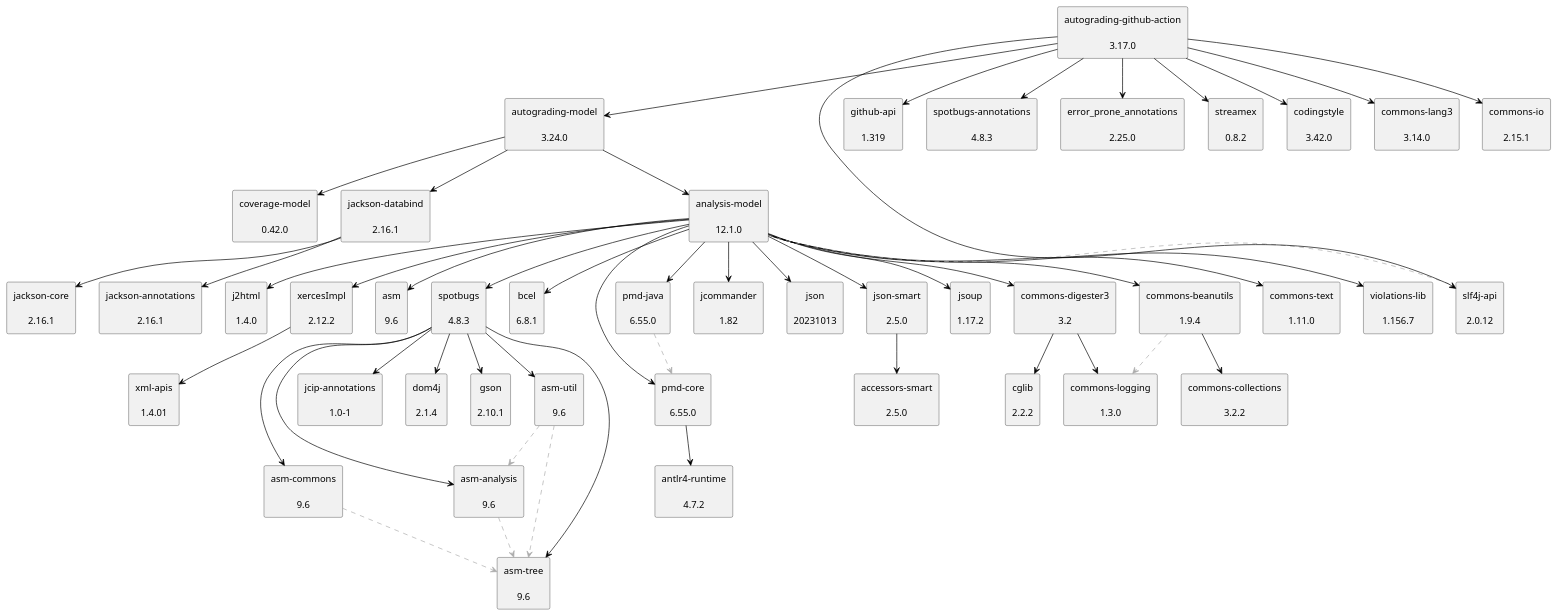
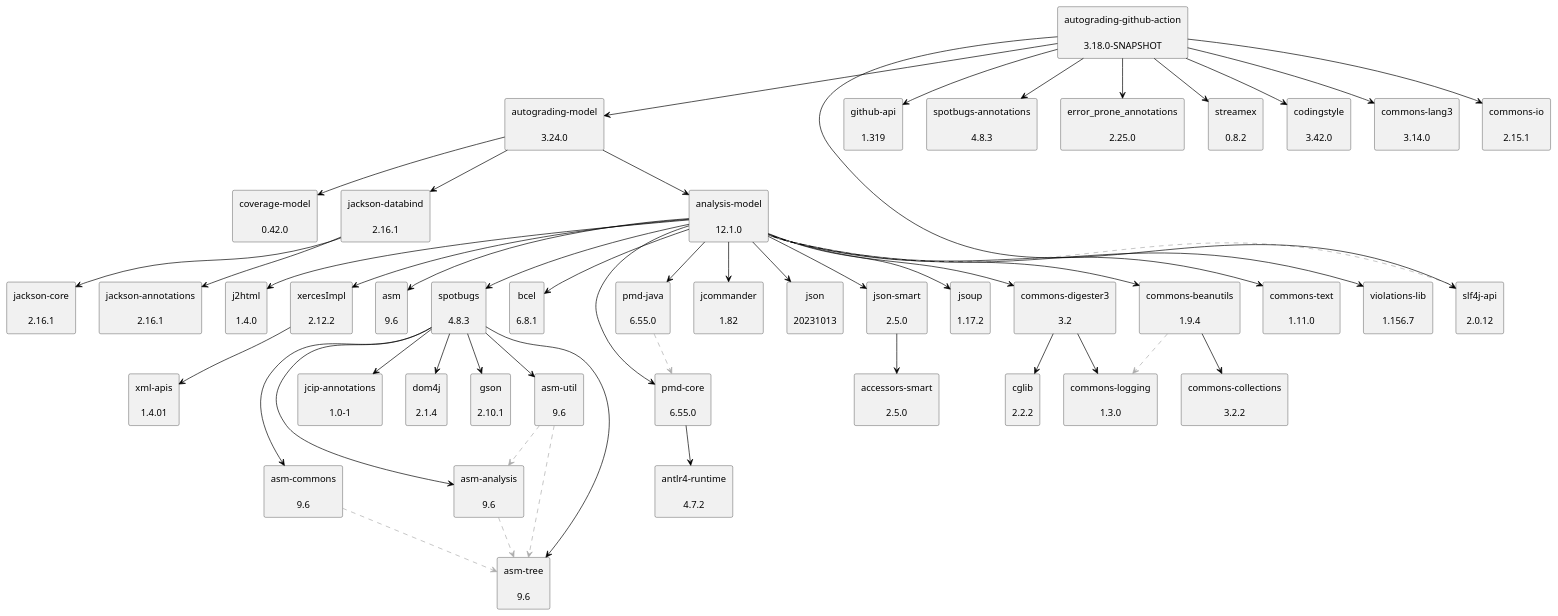
One commit to uhafner/autograding-github-action changed the diagram in doc/dependency-graph.puml. Above: the diagram before and after it, drawn with PlantUML. The commit also changed 3 other files, not shown here.

```diff
--- a/doc/dependency-graph.puml
+++ b/doc/dependency-graph.puml
@@ -1,101 +1,101 @@
 @startuml
 skinparam defaultTextAlignment center
 skinparam rectangle {
   BackgroundColor<<optional>> beige
   BackgroundColor<<test>> lightGreen
   BackgroundColor<<runtime>> lightBlue
   BackgroundColor<<provided>> lightGray
 }
 rectangle "analysis-model\n\n12.1.0" as edu_hm_hafner_analysis_model_jar
 rectangle "jsoup\n\n1.17.2" as org_jsoup_jsoup_jar
 rectangle "commons-digester3\n\n3.2" as org_apache_commons_commons_digester3_jar
 rectangle "cglib\n\n2.2.2" as cglib_cglib_jar
 rectangle "commons-logging\n\n1.3.0" as commons_logging_commons_logging_jar
 rectangle "commons-beanutils\n\n1.9.4" as commons_beanutils_commons_beanutils_jar
 rectangle "commons-collections\n\n3.2.2" as commons_collections_commons_collections_jar
 rectangle "commons-text\n\n1.11.0" as org_apache_commons_commons_text_jar
 rectangle "violations-lib\n\n1.156.7" as se_bjurr_violations_violations_lib_jar
 rectangle "j2html\n\n1.4.0" as com_j2html_j2html_jar
 rectangle "xercesImpl\n\n2.12.2" as xerces_xercesImpl_jar
 rectangle "xml-apis\n\n1.4.01" as xml_apis_xml_apis_jar
 rectangle "asm\n\n9.6" as org_ow2_asm_asm_jar
 rectangle "asm-analysis\n\n9.6" as org_ow2_asm_asm_analysis_jar
 rectangle "asm-tree\n\n9.6" as org_ow2_asm_asm_tree_jar
 rectangle "spotbugs\n\n4.8.3" as com_github_spotbugs_spotbugs_jar
 rectangle "asm-commons\n\n9.6" as org_ow2_asm_asm_commons_jar
 rectangle "asm-util\n\n9.6" as org_ow2_asm_asm_util_jar
 rectangle "jcip-annotations\n\n1.0-1" as com_github_stephenc_jcip_jcip_annotations_jar
 rectangle "dom4j\n\n2.1.4" as org_dom4j_dom4j_jar
 rectangle "gson\n\n2.10.1" as com_google_code_gson_gson_jar
 rectangle "bcel\n\n6.8.1" as org_apache_bcel_bcel_jar
 rectangle "pmd-core\n\n6.55.0" as net_sourceforge_pmd_pmd_core_jar
 rectangle "antlr4-runtime\n\n4.7.2" as org_antlr_antlr4_runtime_jar
 rectangle "jcommander\n\n1.82" as com_beust_jcommander_jar
 rectangle "pmd-java\n\n6.55.0" as net_sourceforge_pmd_pmd_java_jar
 rectangle "json\n\n20231013" as org_json_json_jar
 rectangle "json-smart\n\n2.5.0" as net_minidev_json_smart_jar
 rectangle "accessors-smart\n\n2.5.0" as net_minidev_accessors_smart_jar
 rectangle "slf4j-api\n\n2.0.12" as org_slf4j_slf4j_api_jar
 rectangle "autograding-model\n\n3.24.0" as edu_hm_hafner_autograding_model_jar
 rectangle "coverage-model\n\n0.42.0" as edu_hm_hafner_coverage_model_jar
 rectangle "jackson-databind\n\n2.16.1" as com_fasterxml_jackson_core_jackson_databind_jar
 rectangle "jackson-annotations\n\n2.16.1" as com_fasterxml_jackson_core_jackson_annotations_jar
 rectangle "jackson-core\n\n2.16.1" as com_fasterxml_jackson_core_jackson_core_jar
-rectangle "autograding-github-action\n\n3.17.0" as edu_hm_hafner_autograding_github_action_jar
+rectangle "autograding-github-action\n\n3.18.0-SNAPSHOT" as edu_hm_hafner_autograding_github_action_jar
 rectangle "github-api\n\n1.319" as org_kohsuke_github_api_jar
 rectangle "spotbugs-annotations\n\n4.8.3" as com_github_spotbugs_spotbugs_annotations_jar
 rectangle "error_prone_annotations\n\n2.25.0" as com_google_errorprone_error_prone_annotations_jar
 rectangle "streamex\n\n0.8.2" as one_util_streamex_jar
 rectangle "codingstyle\n\n3.42.0" as edu_hm_hafner_codingstyle_jar
 rectangle "commons-lang3\n\n3.14.0" as org_apache_commons_commons_lang3_jar
 rectangle "commons-io\n\n2.15.1" as commons_io_commons_io_jar
 edu_hm_hafner_analysis_model_jar -[#000000]-> org_jsoup_jsoup_jar
 org_apache_commons_commons_digester3_jar -[#000000]-> cglib_cglib_jar
 org_apache_commons_commons_digester3_jar -[#000000]-> commons_logging_commons_logging_jar
 edu_hm_hafner_analysis_model_jar -[#000000]-> org_apache_commons_commons_digester3_jar
 commons_beanutils_commons_beanutils_jar .[#ABABAB].> commons_logging_commons_logging_jar
 commons_beanutils_commons_beanutils_jar -[#000000]-> commons_collections_commons_collections_jar
 edu_hm_hafner_analysis_model_jar -[#000000]-> commons_beanutils_commons_beanutils_jar
 edu_hm_hafner_analysis_model_jar -[#000000]-> org_apache_commons_commons_text_jar
 edu_hm_hafner_analysis_model_jar -[#000000]-> se_bjurr_violations_violations_lib_jar
 edu_hm_hafner_analysis_model_jar -[#000000]-> com_j2html_j2html_jar
 xerces_xercesImpl_jar -[#000000]-> xml_apis_xml_apis_jar
 edu_hm_hafner_analysis_model_jar -[#000000]-> xerces_xercesImpl_jar
 edu_hm_hafner_analysis_model_jar -[#000000]-> org_ow2_asm_asm_jar
 org_ow2_asm_asm_analysis_jar .[#ABABAB].> org_ow2_asm_asm_tree_jar
 com_github_spotbugs_spotbugs_jar -[#000000]-> org_ow2_asm_asm_analysis_jar
 org_ow2_asm_asm_commons_jar .[#ABABAB].> org_ow2_asm_asm_tree_jar
 com_github_spotbugs_spotbugs_jar -[#000000]-> org_ow2_asm_asm_commons_jar
 com_github_spotbugs_spotbugs_jar -[#000000]-> org_ow2_asm_asm_tree_jar
 org_ow2_asm_asm_util_jar .[#ABABAB].> org_ow2_asm_asm_tree_jar
 org_ow2_asm_asm_util_jar .[#ABABAB].> org_ow2_asm_asm_analysis_jar
 com_github_spotbugs_spotbugs_jar -[#000000]-> org_ow2_asm_asm_util_jar
 com_github_spotbugs_spotbugs_jar -[#000000]-> com_github_stephenc_jcip_jcip_annotations_jar
 com_github_spotbugs_spotbugs_jar -[#000000]-> org_dom4j_dom4j_jar
 com_github_spotbugs_spotbugs_jar -[#000000]-> com_google_code_gson_gson_jar
 edu_hm_hafner_analysis_model_jar -[#000000]-> com_github_spotbugs_spotbugs_jar
 edu_hm_hafner_analysis_model_jar -[#000000]-> org_apache_bcel_bcel_jar
 net_sourceforge_pmd_pmd_core_jar -[#000000]-> org_antlr_antlr4_runtime_jar
 edu_hm_hafner_analysis_model_jar -[#000000]-> net_sourceforge_pmd_pmd_core_jar
 edu_hm_hafner_analysis_model_jar -[#000000]-> com_beust_jcommander_jar
 net_sourceforge_pmd_pmd_java_jar .[#ABABAB].> net_sourceforge_pmd_pmd_core_jar
 edu_hm_hafner_analysis_model_jar -[#000000]-> net_sourceforge_pmd_pmd_java_jar
 edu_hm_hafner_analysis_model_jar -[#000000]-> org_json_json_jar
 net_minidev_json_smart_jar -[#000000]-> net_minidev_accessors_smart_jar
 edu_hm_hafner_analysis_model_jar -[#000000]-> net_minidev_json_smart_jar
 edu_hm_hafner_analysis_model_jar .[#ABABAB].> org_slf4j_slf4j_api_jar
 edu_hm_hafner_autograding_model_jar -[#000000]-> edu_hm_hafner_analysis_model_jar
 edu_hm_hafner_autograding_model_jar -[#000000]-> edu_hm_hafner_coverage_model_jar
 com_fasterxml_jackson_core_jackson_databind_jar -[#000000]-> com_fasterxml_jackson_core_jackson_annotations_jar
 com_fasterxml_jackson_core_jackson_databind_jar -[#000000]-> com_fasterxml_jackson_core_jackson_core_jar
 edu_hm_hafner_autograding_model_jar -[#000000]-> com_fasterxml_jackson_core_jackson_databind_jar
 edu_hm_hafner_autograding_github_action_jar -[#000000]-> edu_hm_hafner_autograding_model_jar
 edu_hm_hafner_autograding_github_action_jar -[#000000]-> org_kohsuke_github_api_jar
 edu_hm_hafner_autograding_github_action_jar -[#000000]-> org_slf4j_slf4j_api_jar
 edu_hm_hafner_autograding_github_action_jar -[#000000]-> com_github_spotbugs_spotbugs_annotations_jar
 edu_hm_hafner_autograding_github_action_jar -[#000000]-> com_google_errorprone_error_prone_annotations_jar
 edu_hm_hafner_autograding_github_action_jar -[#000000]-> one_util_streamex_jar
 edu_hm_hafner_autograding_github_action_jar -[#000000]-> edu_hm_hafner_codingstyle_jar
 edu_hm_hafner_autograding_github_action_jar -[#000000]-> org_apache_commons_commons_lang3_jar
 edu_hm_hafner_autograding_github_action_jar -[#000000]-> commons_io_commons_io_jar
 @enduml
```
